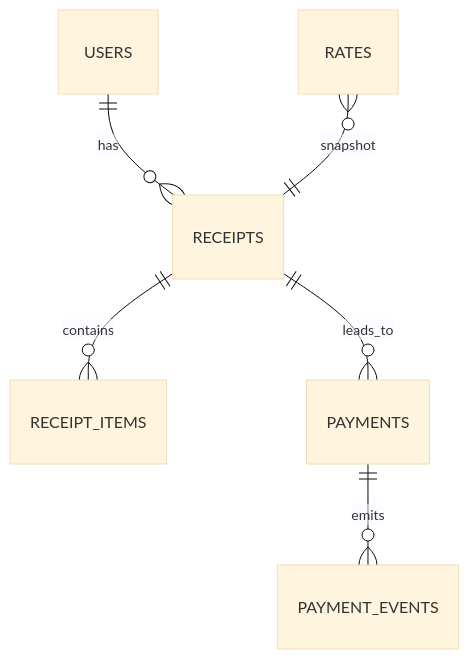
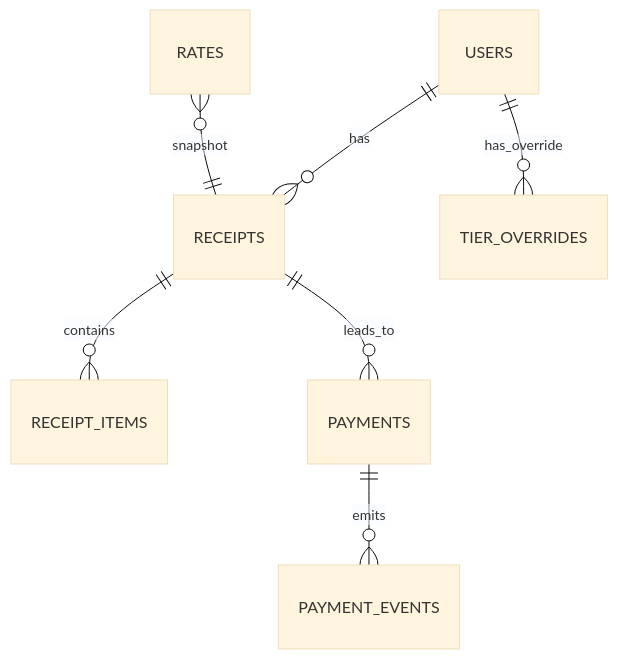
Before and after one commit to Purinat33/hpc_flask: the fourth of 4 diagrams in docs/03-data-model.md, drawn with Mermaid (base theme). The commit also changed other lines of this file and 4 other files, not shown here.

````diff
--- a/docs/03-data-model.md
+++ b/docs/03-data-model.md
@@ -347,8 +367,9 @@
 ```mermaid
 erDiagram
   USERS ||--o{ RECEIPTS : has
   RECEIPTS ||--o{ RECEIPT_ITEMS : contains
   RECEIPTS ||--o{ PAYMENTS : leads_to
   PAYMENTS ||--o{ PAYMENT_EVENTS : emits
   RATES }o--|| RECEIPTS : snapshot
+  USERS ||--o{ TIER_OVERRIDES : has_override
 ```
````
